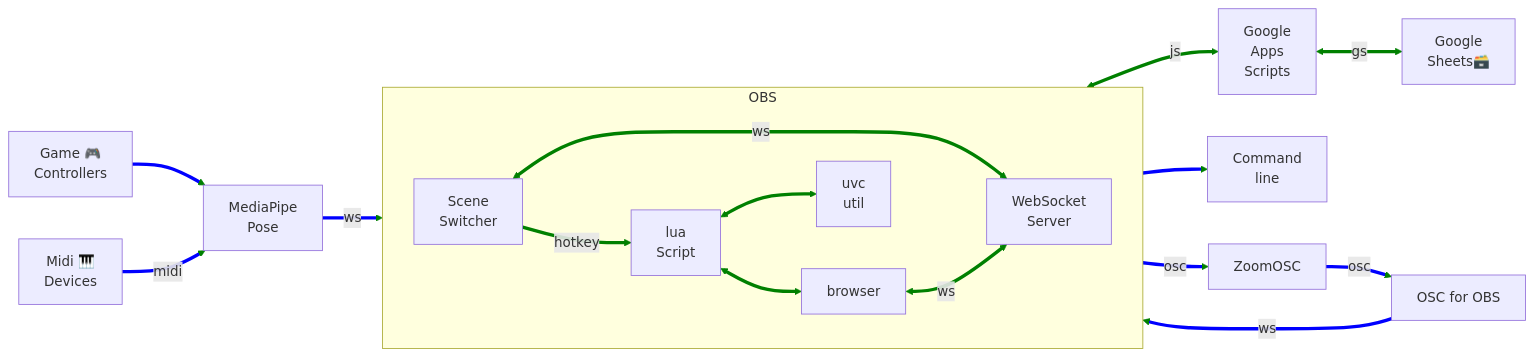
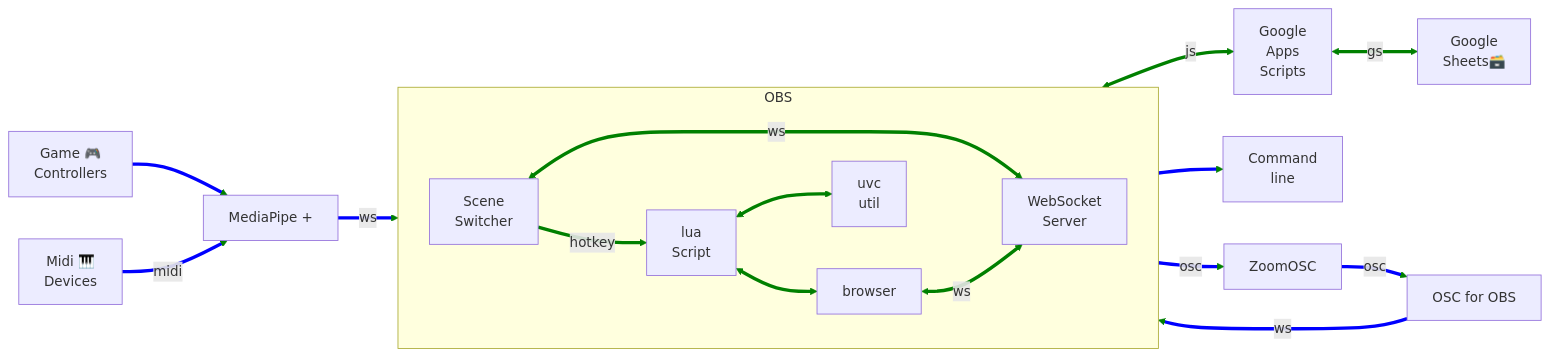
One commit to UUoocl/MediaPipe_for_OBS changed the second of 2 diagrams in README.md. Above: the diagram before and after it, drawn with Mermaid. The commit also changed other lines of this file, not shown here.

````diff
--- a/README.md
+++ b/README.md
@@ -102,40 +103,40 @@
 ```mermaid
 flowchart LR
 O4O["OSC for OBS"]
 GC[Game 🎮\n Controllers]
-MP["MediaPipe \n Pose"]
+MP["MediaPipe +"]
 GAS["Google \n Apps \n Scripts"]
 GS["Google \n Sheets🗃️"]
 Midi["Midi 🎹 \n Devices"]
 AS["Command\nline"]
 ZOSC[ZoomOSC]
 
 GC-->MP
 Midi--"midi"-->MP
 ZOSC--"osc"-->O4O
 MP --"ws"-->wss
 O4O--"ws"-->wss
 lua-->AS
 GAS<--gs-->GS
 obs-b<--"js"-->GAS
 ss--"osc"-->ZOSC
 subgraph OBS[OBS]
     direction LR
 
     lua["lua \n Script"]
     ss["Scene \n Switcher"]
     obs-b[browser]
     wss["WebSocket \nServer"]
     
     ss--hotkey-->lua
     ss<--"ws"-->wss
     obs-b<--"ws"-->wss
     lua<-->obs-b
     lua<-->util["uvc \n util"]
     
 end
 
 linkStyle default stroke-width:4px,fill:none,stroke:green;
 linkStyle 0,1,2,3,4,5,8 stroke-width:4px,fill:none,stroke:blue;
 
 ```
````
